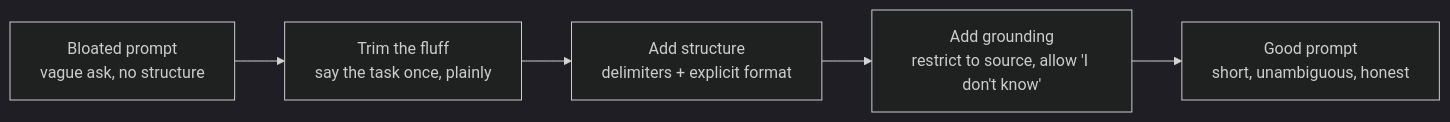
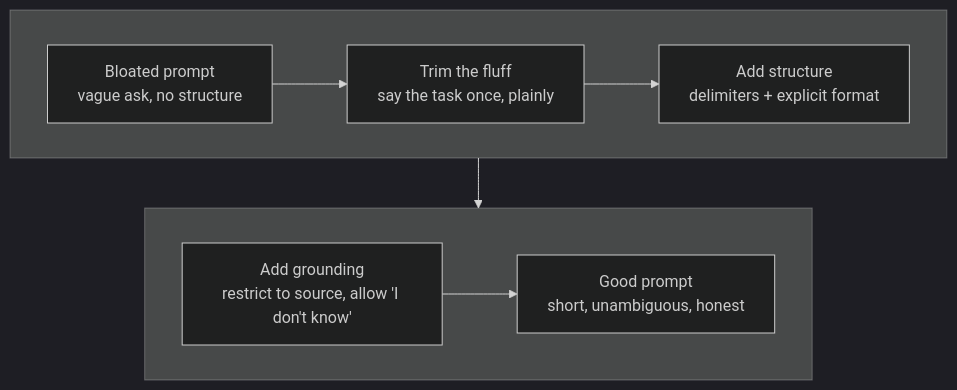
Before and after one commit to fewshot-works/academy: the second of 2 diagrams in site/docs/advanced-concepts/01-prompt-engineering.md, drawn with Mermaid (dark theme). The commit also changed other lines of this file and 3 other files, not shown here.

````diff
--- a/site/docs/advanced-concepts/01-prompt-engineering.md
+++ b/site/docs/advanced-concepts/01-prompt-engineering.md
@@ -59,7 +159,12 @@
 ```mermaid
-flowchart LR
-    A["Bloated prompt<br/>vague ask, no structure"] --> B["Trim the fluff<br/>say the task once, plainly"]
-    B --> C["Add structure<br/>delimiters + explicit format"]
-    C --> D["Add grounding<br/>restrict to source, allow 'I don't know'"]
-    D --> E["Good prompt<br/>short, unambiguous, honest"]
+flowchart TD
+    subgraph Row1[" "]
+        direction LR
+        A["Bloated prompt<br/>vague ask, no structure"] --> B["Trim the fluff<br/>say the task once, plainly"] --> C["Add structure<br/>delimiters + explicit format"]
+    end
+    subgraph Row2[" "]
+        direction LR
+        D["Add grounding<br/>restrict to source, allow 'I don't know'"] --> E["Good prompt<br/>short, unambiguous, honest"]
+    end
+    C --> D
 ```
````
